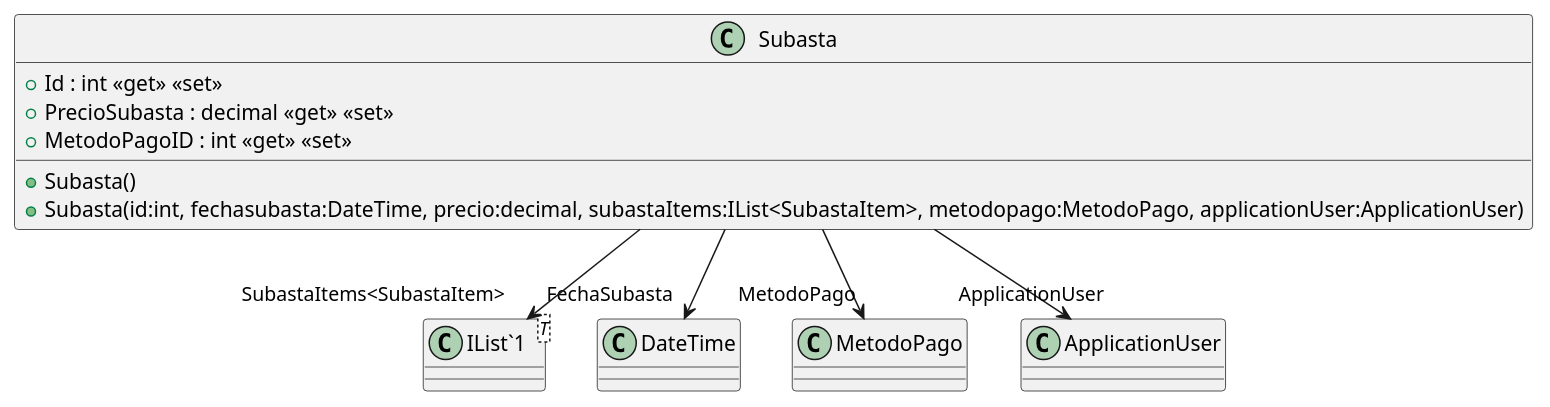
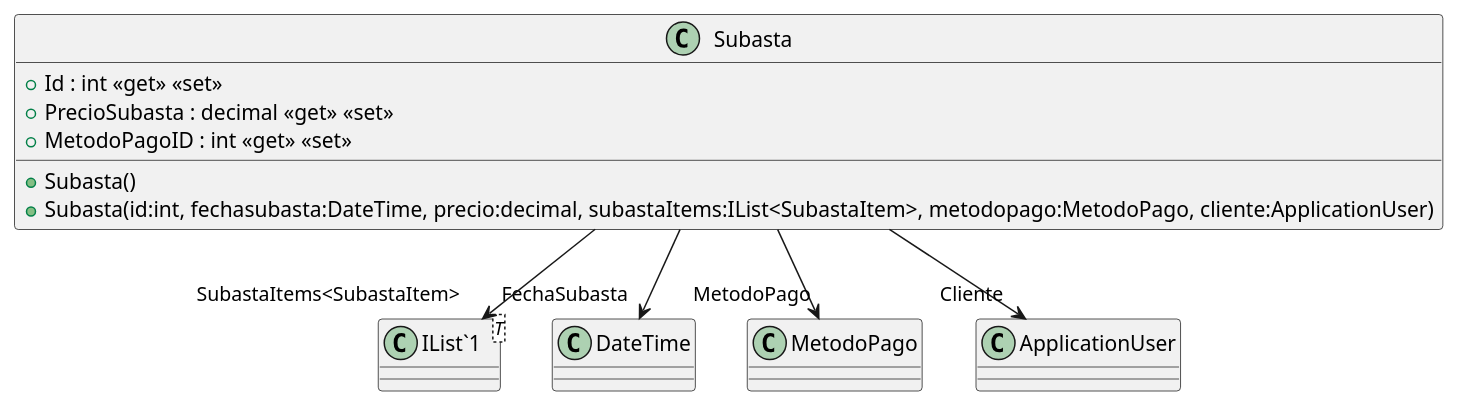
One commit to ISII2627LosNenes/ISII2627LosNenes changed the diagram in src/AppForSEII.API/ClassDiagram/Subasta.puml. Above: the diagram before and after it, drawn with PlantUML. The commit also changed 9 other files, not shown here.

First line of the commit message:
141 añado las clases al diagrama de clases (#145)

```diff
--- a/src/AppForSEII.API/ClassDiagram/Subasta.puml
+++ b/src/AppForSEII.API/ClassDiagram/Subasta.puml
@@ -1,15 +1,15 @@
 @startuml
 class Subasta {
     + Subasta()
-    + Subasta(id:int, fechasubasta:DateTime, precio:decimal, subastaItems:IList<SubastaItem>, metodopago:MetodoPago, applicationUser:ApplicationUser)
+    + Subasta(id:int, fechasubasta:DateTime, precio:decimal, subastaItems:IList<SubastaItem>, metodopago:MetodoPago, cliente:ApplicationUser)
     + Id : int <<get>> <<set>>
     + PrecioSubasta : decimal <<get>> <<set>>
     + MetodoPagoID : int <<get>> <<set>>
 }
 class "IList`1"<T> {
 }
 Subasta --> "FechaSubasta" DateTime
 Subasta --> "SubastaItems<SubastaItem>" "IList`1"
 Subasta --> "MetodoPago" MetodoPago
-Subasta --> "ApplicationUser" ApplicationUser
+Subasta --> "Cliente" ApplicationUser
 @enduml
```
